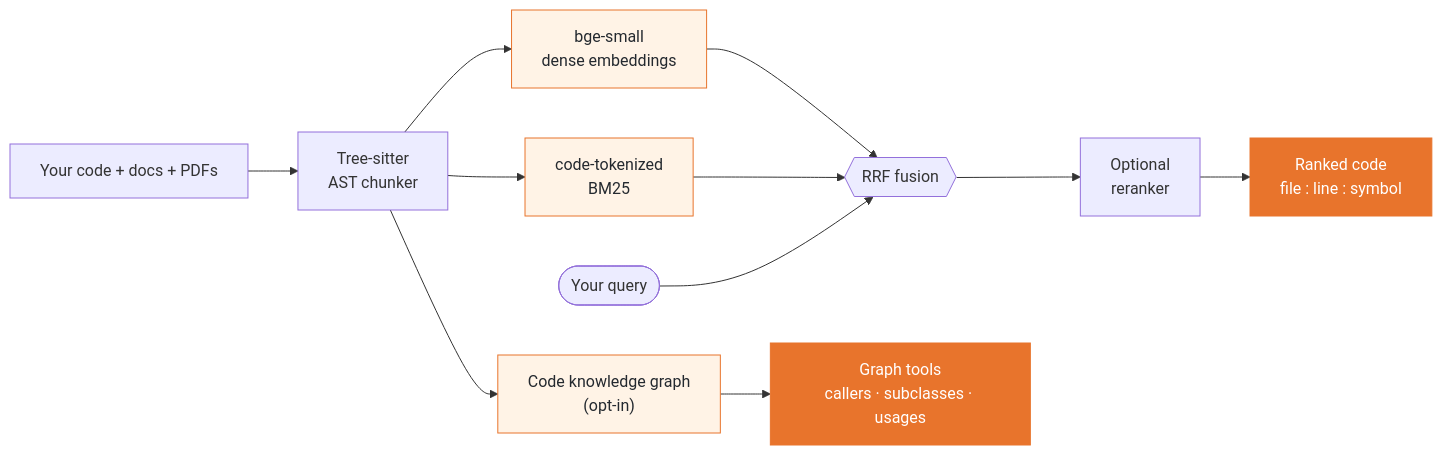
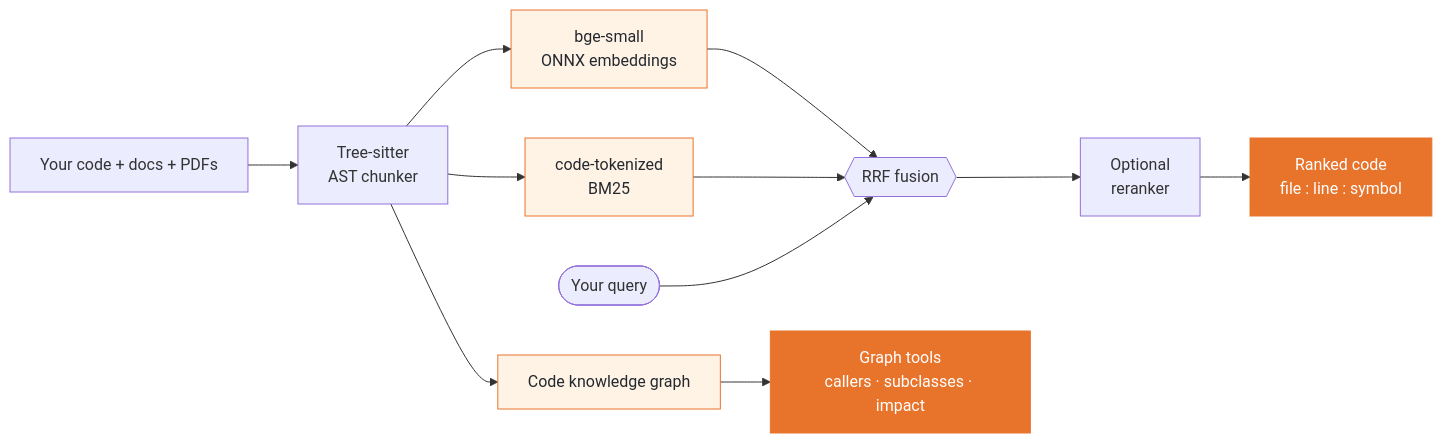
The diagram in README.md (lorenzo-cambiaghi/LynxMCP), drawn with Mermaid before and after one commit. The commit also changed other lines of this file and 1 other file, not shown here.

````diff
--- a/README.md
+++ b/README.md
@@ -97,18 +170,18 @@
 ```mermaid
 flowchart LR
     A["Your code + docs + PDFs"] --> B["Tree-sitter<br/>AST chunker"]
-    B --> C["bge-small<br/>dense embeddings"]
+    B --> C["bge-small<br/>ONNX embeddings"]
     B --> D["code-tokenized<br/>BM25"]
-    B --> G["Code knowledge graph<br/>(opt-in)"]
+    B --> G["Code knowledge graph"]
     C --> R{{"RRF fusion"}}
     D --> R
     Q(["Your query"]) --> R
     R --> RR["Optional<br/>reranker"]
     RR --> RES["Ranked code<br/>file : line : symbol"]
-    G --> GT["Graph tools<br/>callers · subclasses · usages"]
+    G --> GT["Graph tools<br/>callers · subclasses · impact"]
 
     classDef store fill:#fff3e6,stroke:#e8742c,color:#24292f;
     classDef out fill:#e8742c,stroke:#e8742c,color:#fff;
     class C,D,G store;
     class RES,GT out;
 ```
````
